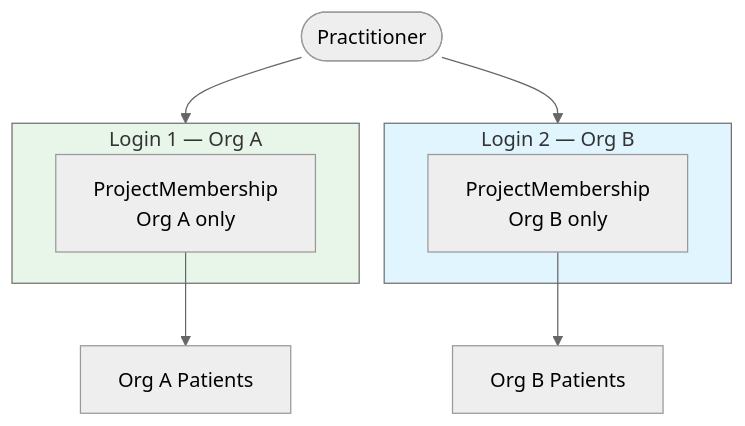
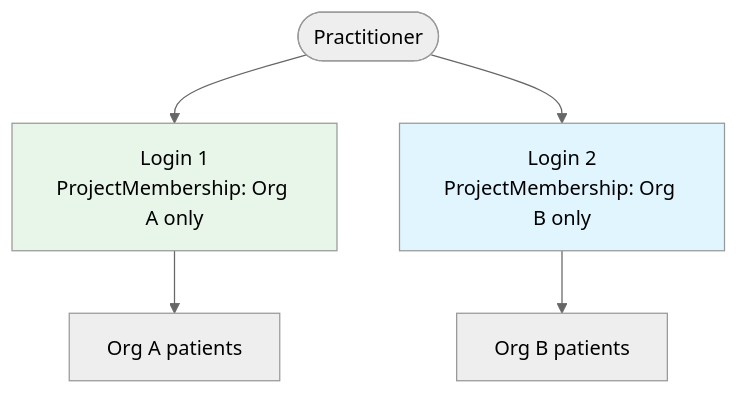
Before and after one commit to medplum/medplum: the third of 4 diagrams in packages/docs/docs/access/tenant-selector.mdx, drawn with Mermaid. The commit also changed other lines of this file, not shown here.

````diff
--- a/packages/docs/docs/access/tenant-selector.mdx
+++ b/packages/docs/docs/access/tenant-selector.mdx
@@ -67,21 +96,19 @@
 ```mermaid
 %%{init: {'theme': 'neutral' }}%%
 flowchart TB
-    User([Practitioner])
+    U([Practitioner])
 
-    subgraph L1["Login 1 — Org A"]
-        PM1["ProjectMembership\nOrg A only"]
-    end
+    L1["Login 1<br/>ProjectMembership: Org A only"]
+    L2["Login 2<br/>ProjectMembership: Org B only"]
 
-    subgraph L2["Login 2 — Org B"]
-        PM2["ProjectMembership\nOrg B only"]
-    end
+    OA[Org A patients]
+    OB[Org B patients]
 
-    User --> L1
-    User --> L2
-    PM1 --> OA[Org A Patients]
-    PM2 --> OB[Org B Patients]
+    U --> L1
+    U --> L2
+    L1 --> OA
+    L2 --> OB
 
     style L1 fill:#e8f5e9
     style L2 fill:#e1f5ff
 ```
````
